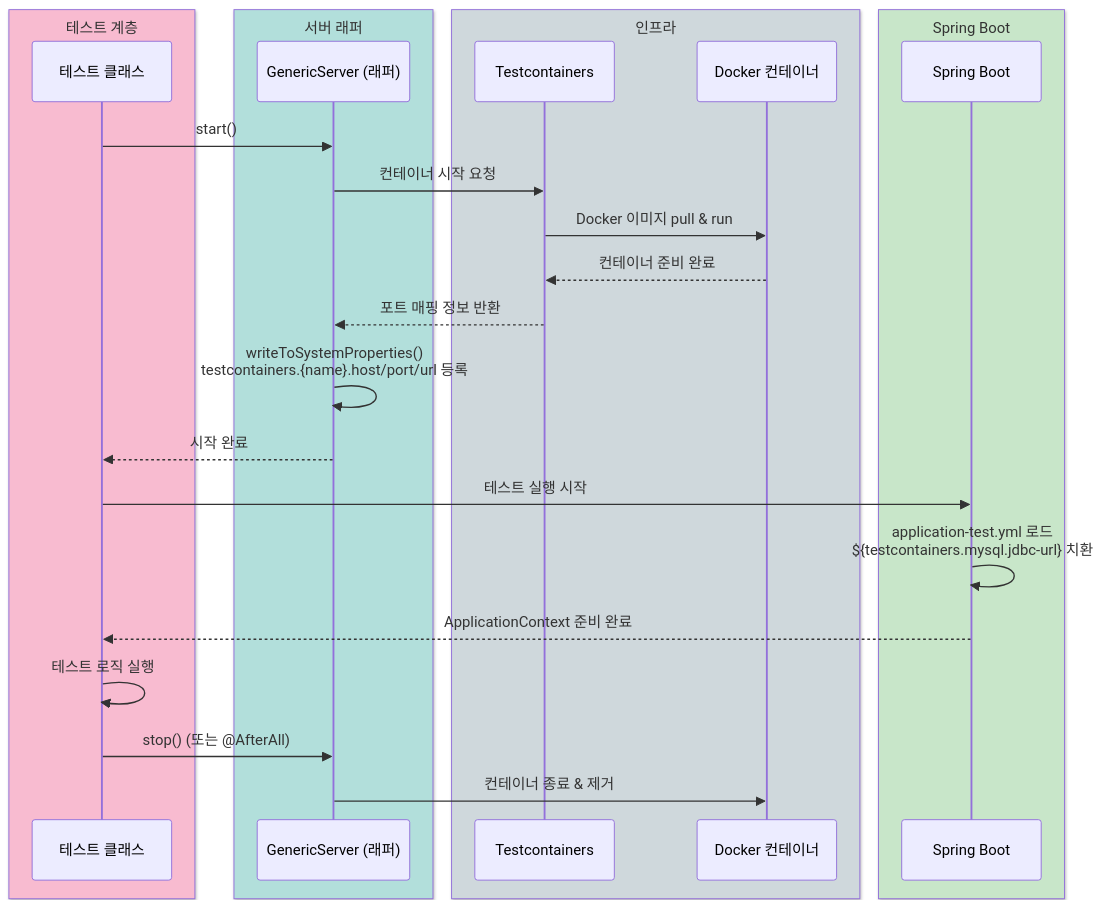
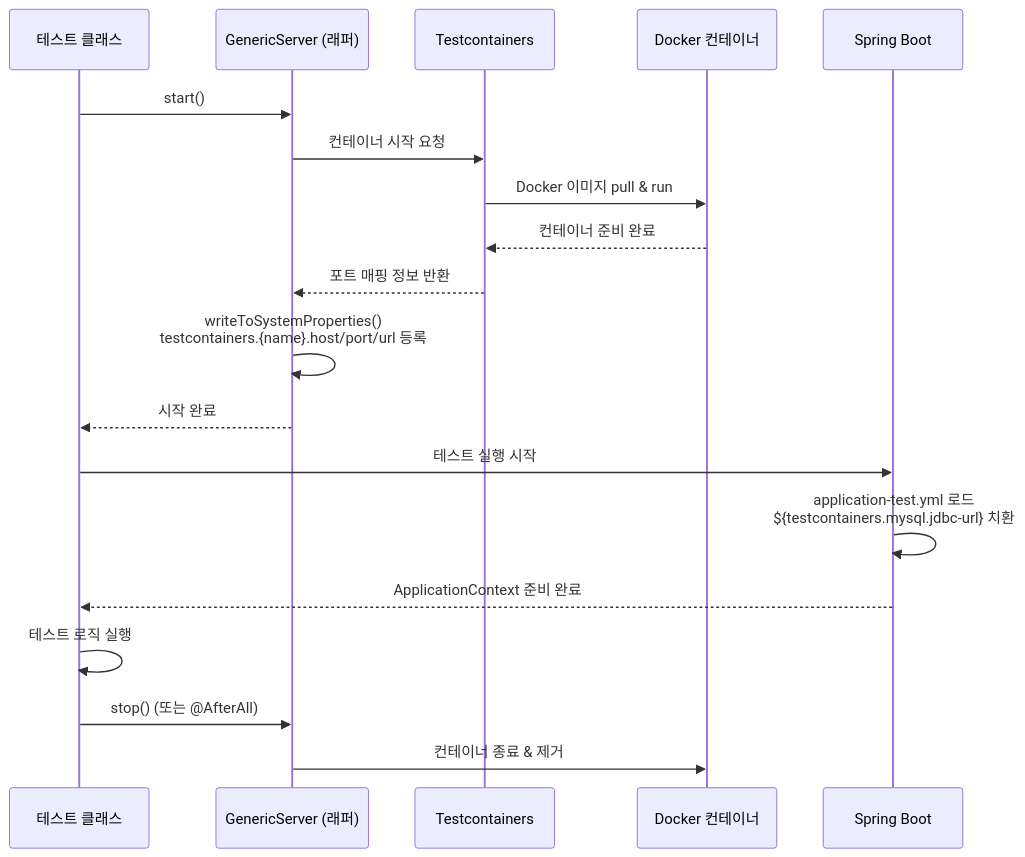
Before and after one commit to bluetape4k/bluetape4k-projects: the first of 4 diagrams in testing/testcontainers/README.ko.md, drawn with Mermaid. The commit also changed other lines of this file and 219 other files, not shown here.

First line of the commit message:
docs: 전체 README Mermaid 다이어그램 가이드 적용

````diff
--- a/testing/testcontainers/README.ko.md
+++ b/testing/testcontainers/README.ko.md
@@ -11,33 +11,25 @@
 ```mermaid
 sequenceDiagram
-    box rgb(248,187,208) 테스트 계층
         participant TEST as 테스트 클래스
-    end
-    box rgb(178,223,219) 서버 래퍼
         participant SERVER as GenericServer (래퍼)
-    end
-    box rgb(207,216,220) 인프라
         participant TC as Testcontainers
         participant DOCKER as Docker 컨테이너
-    end
-    box rgb(200,230,201) Spring Boot
         participant SPRING as Spring Boot
-    end
 
     TEST->>SERVER: start()
     SERVER->>TC: 컨테이너 시작 요청
     TC->>DOCKER: Docker 이미지 pull & run
     DOCKER-->>TC: 컨테이너 준비 완료
     TC-->>SERVER: 포트 매핑 정보 반환
     SERVER->>SERVER: writeToSystemProperties()<br/>testcontainers.{name}.host/port/url 등록
     SERVER-->>TEST: 시작 완료
 
     TEST->>SPRING: 테스트 실행 시작
     SPRING->>SPRING: application-test.yml 로드<br/>${testcontainers.mysql.jdbc-url} 치환
     SPRING-->>TEST: ApplicationContext 준비 완료
 
     TEST->>TEST: 테스트 로직 실행
 
     TEST->>SERVER: stop() (또는 @AfterAll)
     SERVER->>DOCKER: 컨테이너 종료 & 제거
 ```
````
